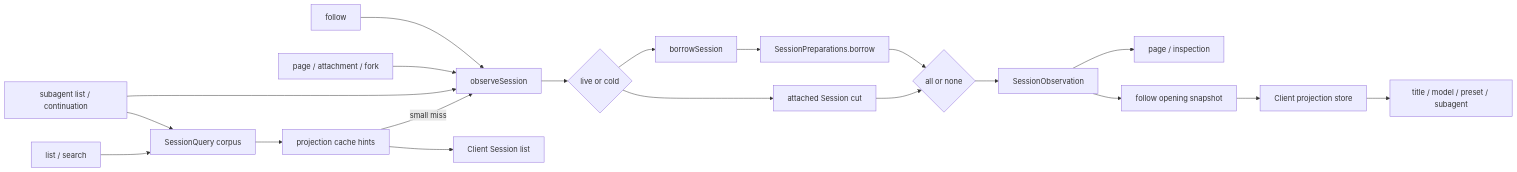
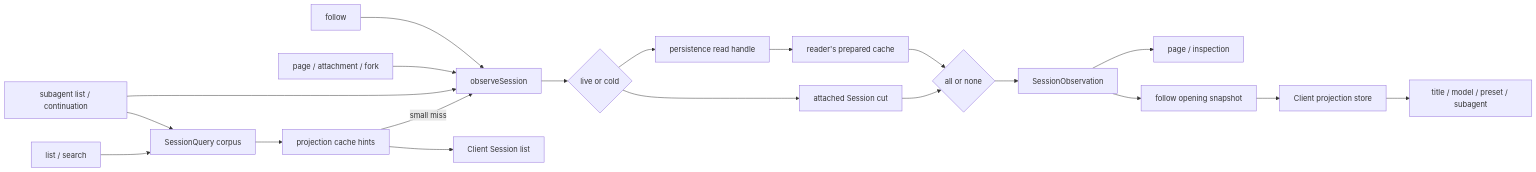
The diagram in .agents/notes/implemented/architecture/2026-08-25-session-observations-and-projection-owned-client-state.md (guojiaxian/deepseek-harness-WTAgent), drawn with Mermaid before and after one commit. The commit also changed other lines of this file and 315 other files, not shown here.

````diff
--- a/.agents/notes/implemented/architecture/2026-08-25-session-observations-and-projection-owned-client-state.md
+++ b/.agents/notes/implemented/architecture/2026-08-25-session-observations-and-projection-owned-client-state.md
@@ -23,22 +23,22 @@
 ```mermaid
 flowchart LR
   List["list / search"] --> Corpus["SessionQuery corpus"]
   Follow["follow"] --> Observe["observeSession"]
   Page["page / attachment / fork"] --> Observe
   Subagent["subagent list / continuation"] --> Corpus
   Subagent --> Observe
   Corpus --> Cache["projection cache hints"]
   Cache --> ClientList["Client Session list"]
   Cache -->|"small miss"| Observe
   Observe --> Source{"live or cold"}
   Source --> Live["attached Session cut"]
-  Source --> Borrow["borrowSession"]
-  Borrow --> Prepared["SessionPreparations.borrow"]
+  Source --> Borrow["persistence read handle"]
+  Borrow --> Prepared["reader's prepared cache"]
   Live --> Mode{"all or none"}
   Prepared --> Mode
   Mode --> Snapshot["SessionObservation"]
   Snapshot --> Opening["follow opening snapshot"]
   Snapshot --> Read["page / inspection"]
   Opening --> Store["Client projection store"]
   Store --> Domain["title / model / preset / subagent"]
 ```
````
